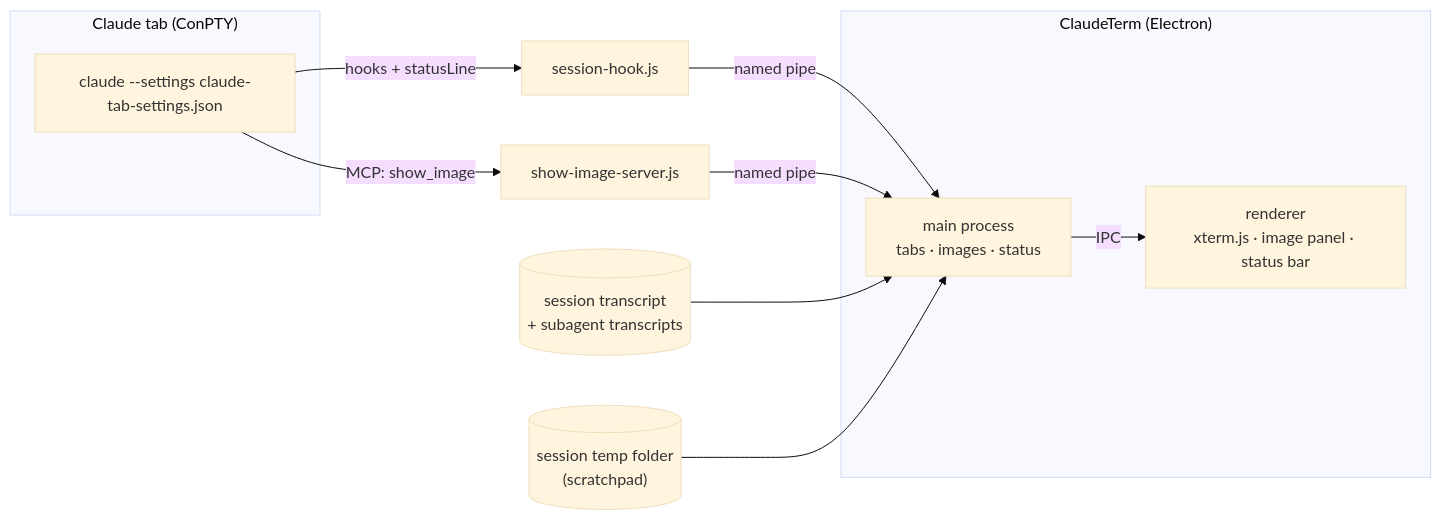
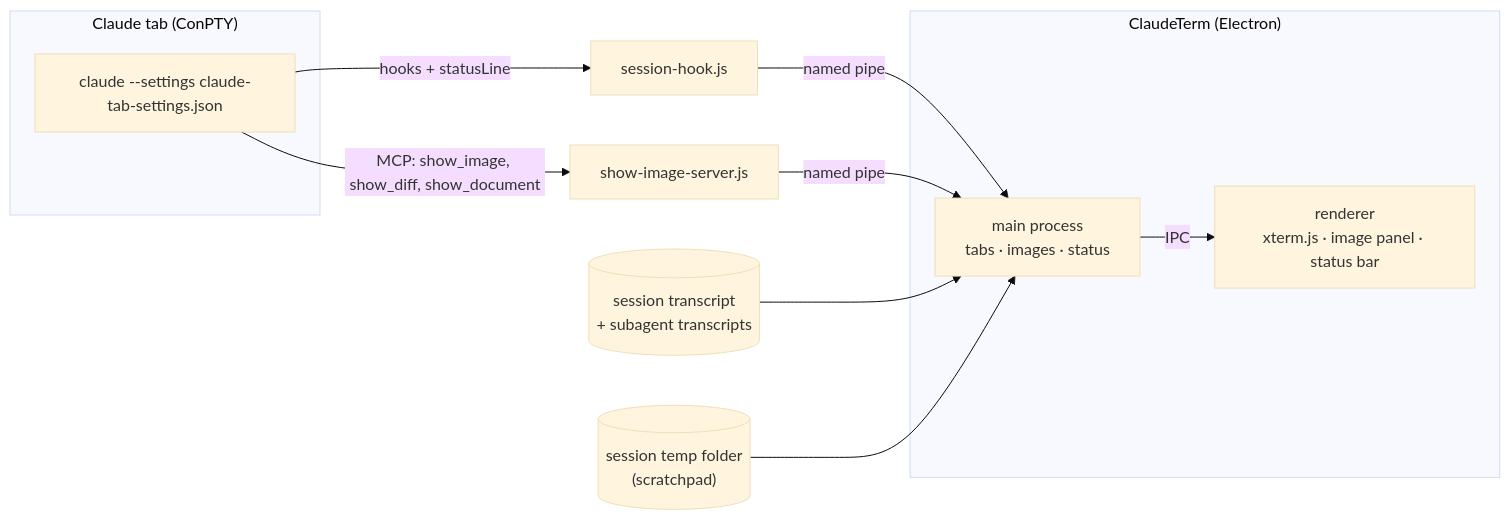
Before and after one commit to DmVergasov/ClaudeTerm: the diagram in README.md, drawn with Mermaid (base theme). The commit also changed other lines of this file and 45 other files, not shown here.

First line of the commit message:
feat: show_document opens Markdown, PDF and HTML in a Docs panel

````diff
--- a/README.md
+++ b/README.md
@@ -251,15 +262,15 @@
 ```mermaid
 flowchart LR
   subgraph tab["Claude tab (ConPTY)"]
     claude["claude --settings claude-tab-settings.json"]
   end
   claude -- "hooks + statusLine" --> hook["session-hook.js"]
-  claude -- "MCP: show_image" --> mcp["show-image-server.js"]
+  claude -- "MCP: show_image, show_diff, show_document" --> mcp["show-image-server.js"]
   hook -- "named pipe" --> main
   mcp -- "named pipe" --> main
   transcript[("session transcript\n+ subagent transcripts")] --> main
   scratchpad[("session temp folder\n(scratchpad)")] --> main
   subgraph app["ClaudeTerm (Electron)"]
     main["main process\ntabs · images · status"] -- IPC --> renderer["renderer\nxterm.js · image panel · status bar"]
   end
 ```
````
